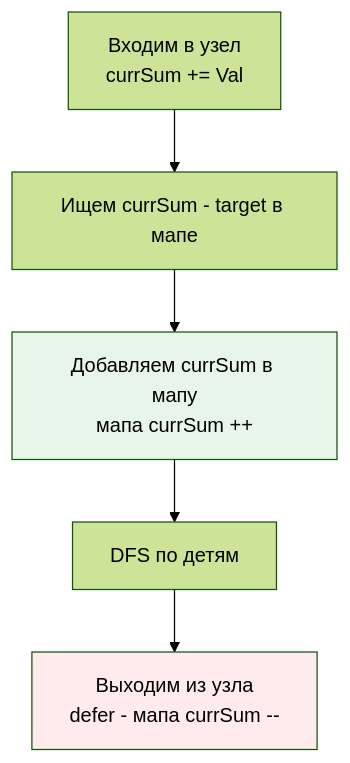
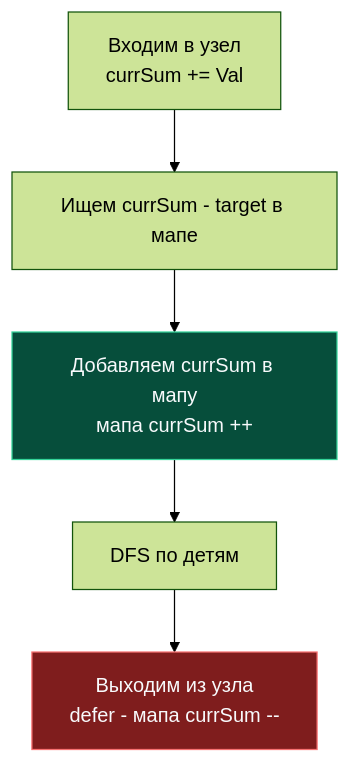
One commit to UnrealTemplier/go-textbook changed the diagram in sources/21. Задачи с LeetCode и собеседований на Go/02. Задачи/21. Динамическое программирование на деревьях/5. Path Sum III.md. Above: the diagram before and after it, drawn with Mermaid (forest theme). The commit also changed 310 other files, not shown here.

First line of the commit message:
fix(mermaid): replace light fill colors with dark palette for readability on dark theme

````diff
--- a/sources/21. Задачи с LeetCode и собеседований на Go/02. Задачи/21. Динамическое программирование на деревьях/5. Path Sum III.md
+++ b/sources/21. Задачи с LeetCode и собеседований на Go/02. Задачи/21. Динамическое программирование на деревьях/5. Path Sum III.md
@@ -70,10 +70,10 @@
 ```mermaid
 flowchart TD
     A["Входим в узел<br>currSum += Val"] --> B["Ищем currSum - target в мапе"]
     B --> C["Добавляем currSum в мапу<br>мапа currSum ++"]
     C --> D["DFS по детям"]
     D --> E["Выходим из узла<br>defer - мапа currSum --"]
     
-    style C fill:#e8f5e9
-    style E fill:#ffebee
+    style C fill:#064e3b,stroke:#34d399,color:#f8fafc
+    style E fill:#7f1d1d,stroke:#f87171,color:#f8fafc
 ```
````
